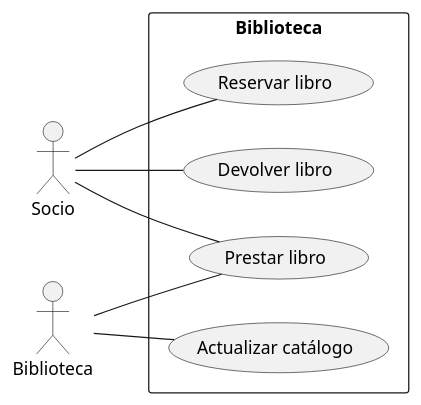
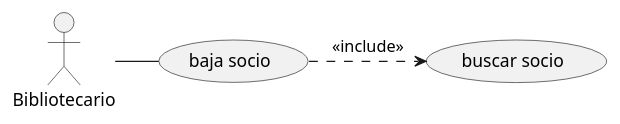
The diagram in CasosDeUsos2.puml (CorazaNegra/CasosDeUsos2), drawn with PlantUML before and after one commit.

Commit message:
Ejemplo inclusión

```diff
--- a/CasosDeUsos2.puml
+++ b/CasosDeUsos2.puml
@@ -1,21 +1,11 @@
 @startuml
 
-left to right direction
+actor "Bibliotecario" as b
 
-actor "Socio" as s
-actor "Biblioteca" as b
+usecase "baja socio" as UC1
+usecase "buscar socio" as UC2
 
-rectangle Biblioteca {
-    usecase "Reservar libro" as UC1
-    usecase "Prestar libro" as UC2
-    usecase "Devolver libro" as UC3
-    usecase "Actualizar catálogo" as UC4
-}
-
-s -- UC1
-s -- UC2
-s -- UC3
-b -- UC2
-b -- UC4
+b -right- UC1
+UC1 .right.> UC2 : <<include>>
 
 @enduml
```
